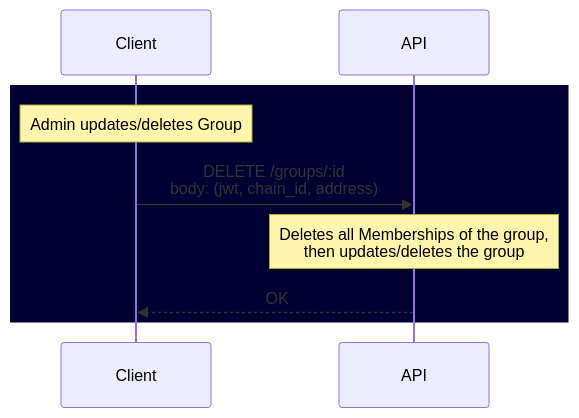
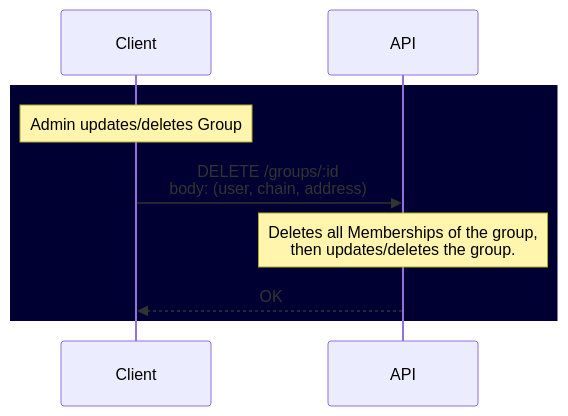
Before and after one commit to hicommonwealth/commonwealth: the fifth of 5 diagrams in knowledge_base/Groups.md, drawn with Mermaid. The commit also changed other lines of this file, not shown here.

````diff
--- a/knowledge_base/Groups.md
+++ b/knowledge_base/Groups.md
@@ -92,15 +93,15 @@
 ```mermaid
 sequenceDiagram
 
   rect rgb(0, 0, 50)
 
   Note over Client: Admin updates/deletes Group
 
-  Client ->> API: DELETE /groups/:id <br> body: (jwt, chain_id, address)
+  Client ->> API: DELETE /groups/:id <br> body: (user, chain, address)
 
-  Note over API: Deletes all Memberships of the group, <br> then updates/deletes the group
+  Note over API: Deletes all Memberships of the group, <br> then updates/deletes the group.
 
   API -->> Client: OK
 
   end
 ```
````
